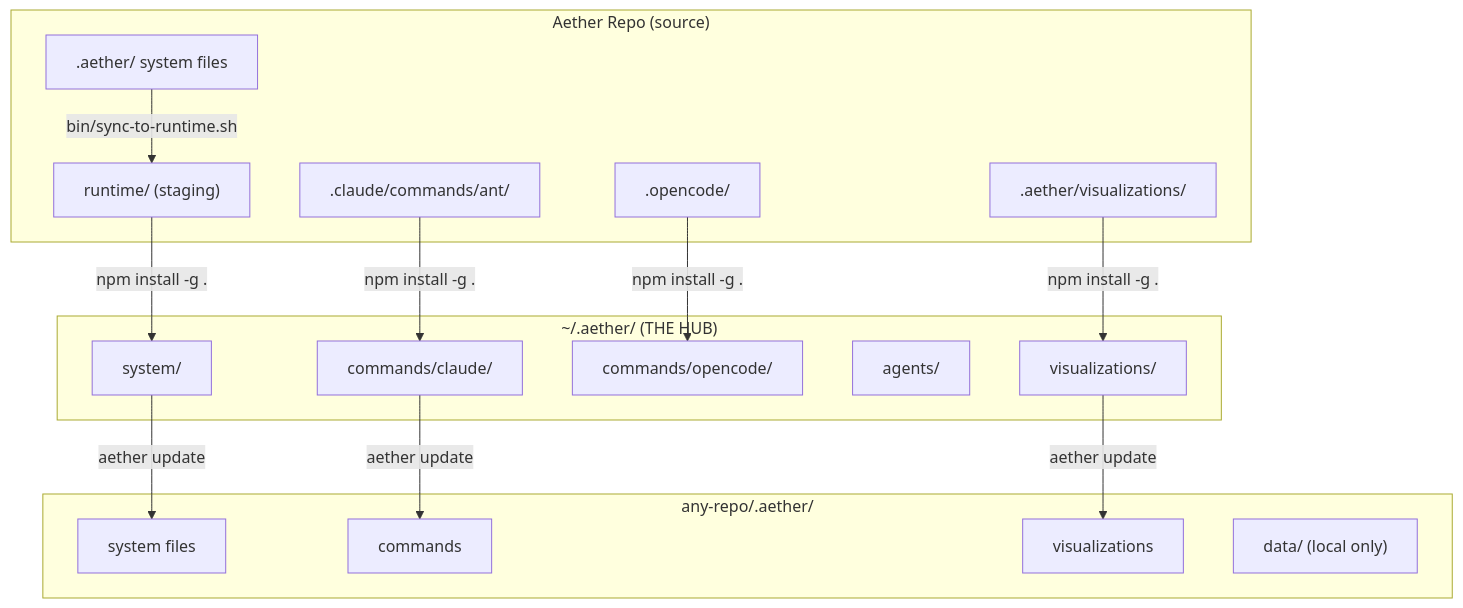
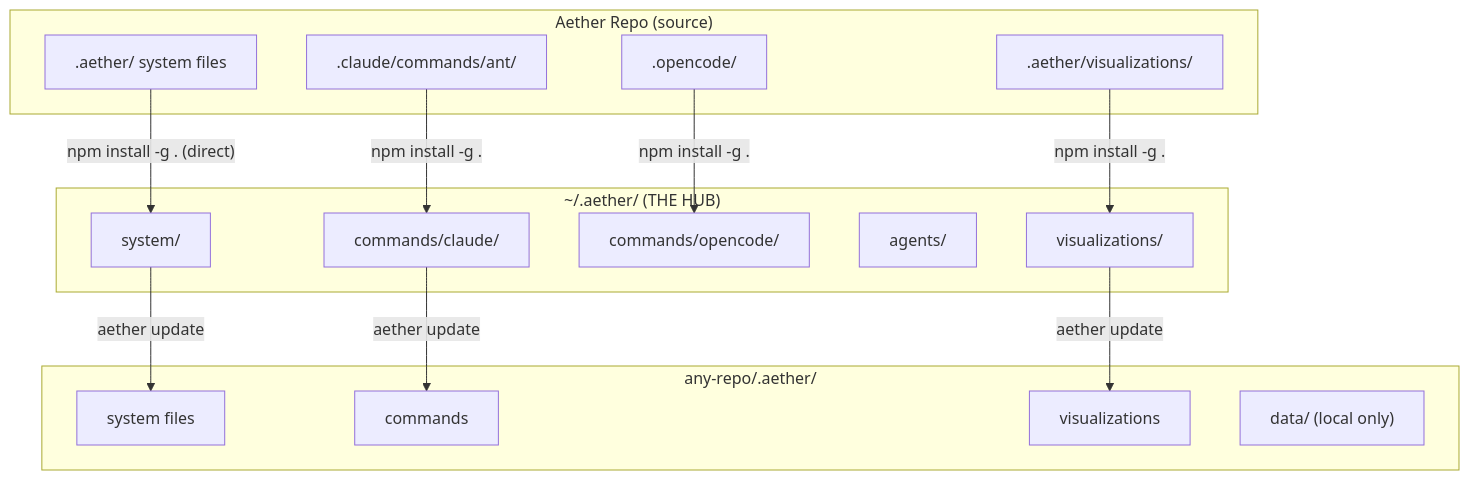
Before and after one commit to calcosmic/Aether: the first of 4 diagrams in RUNTIME UPDATE ARCHITECTURE.md, drawn with Mermaid. The commit also changed other lines of this file and 2 other files, not shown here.

First line of the commit message:
docs(20-03): update architecture docs for v4.0 direct packaging

````diff
--- a/RUNTIME UPDATE ARCHITECTURE.md
+++ b/RUNTIME UPDATE ARCHITECTURE.md
@@ -28,35 +29,33 @@
 ```mermaid
 flowchart TB
     subgraph AetherRepo["Aether Repo (source)"]
         AE[".aether/ system files"]
         CC[".claude/commands/ant/"]
         OC[".opencode/"]
         VIS[".aether/visualizations/"]
-        RT["runtime/ (staging)"]
     end
 
     subgraph Hub["~/.aether/ (THE HUB)"]
         HS["system/"]
         HC["commands/claude/"]
         HO["commands/opencode/"]
         HA["agents/"]
         HV["visualizations/"]
     end
 
     subgraph AnyRepo["any-repo/.aether/"]
         RS["system files"]
         RC["commands"]
         RV["visualizations"]
         RD["data/ (local only)"]
     end
 
-    AE -->|"bin/sync-to-runtime.sh"| RT
-    RT -->|"npm install -g ."| HS
+    AE -->|"npm install -g . (direct)"| HS
     CC -->|"npm install -g ."| HC
     OC -->|"npm install -g ."| HO
     VIS -->|"npm install -g ."| HV
 
     HS -->|"aether update"| RS
     HC -->|"aether update"| RC
     HV -->|"aether update"| RV
 ```
````
